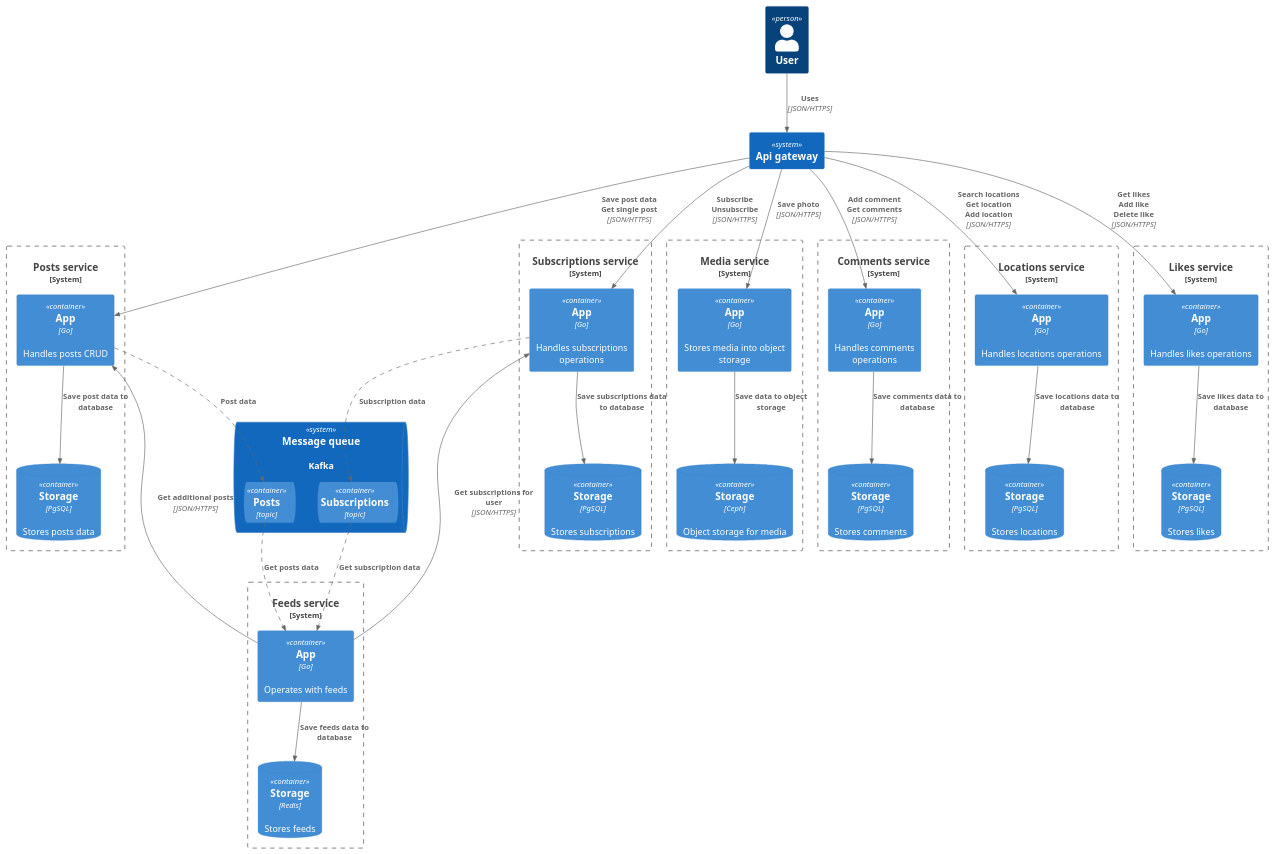
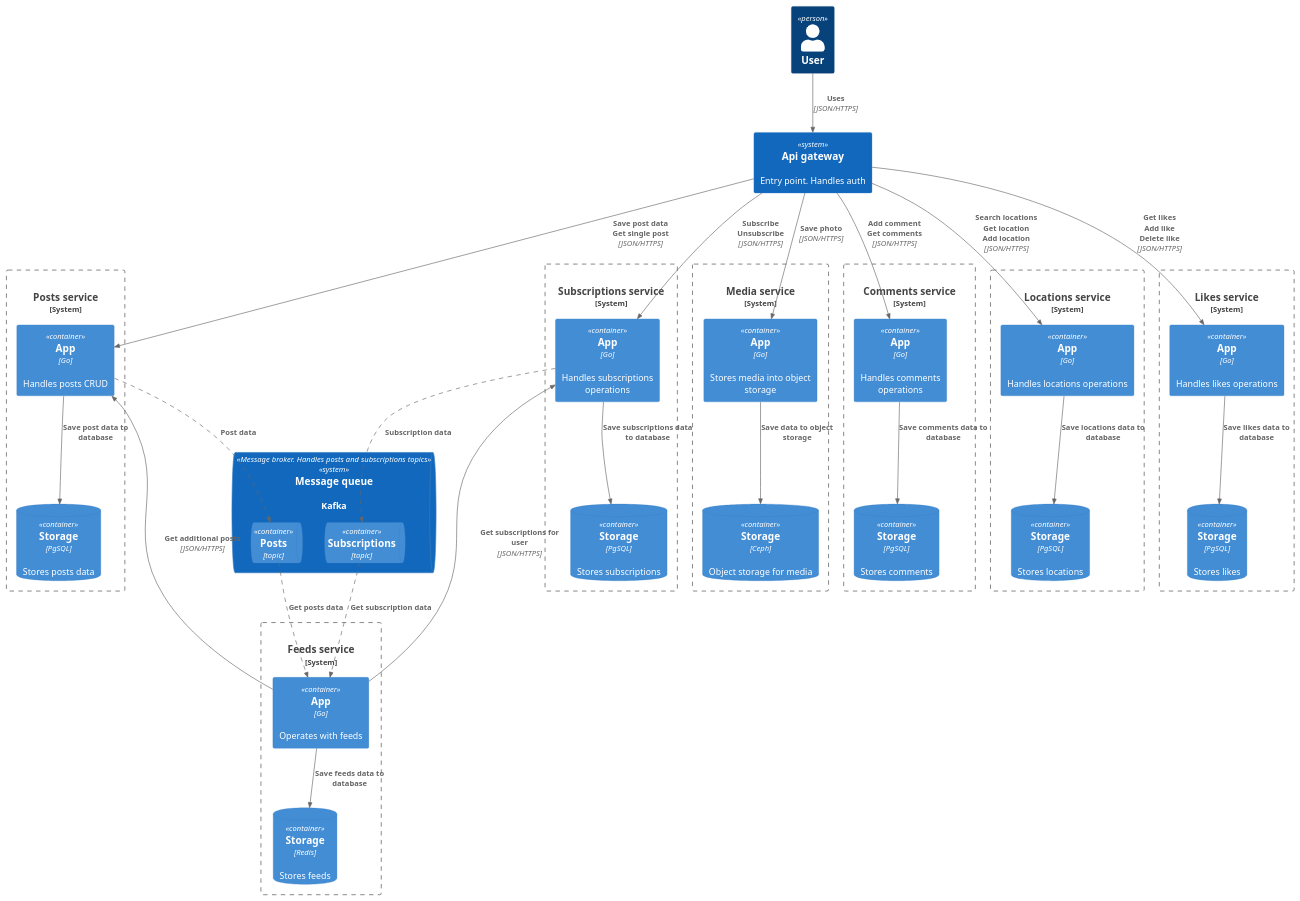
Before and after one commit to a-shlenchak/social_network_system_design: the diagram in system.puml, drawn with PlantUML.

Commit message:
Добавлена схема системы

```diff
--- a/system.puml
+++ b/system.puml
@@ -1,79 +1,79 @@
 @startuml
 !include https://raw.githubusercontent.com/plantuml-stdlib/C4-PlantUML/master/C4_Container.puml
 
 AddRelTag("async", $lineStyle=DashedLine())
 
 Person(user, "User")
-System(api_gateway, "Api gateway")
+System(api_gateway, "Api gateway", "Entry point. Handles auth")
 
-SystemQueue(kafka, "Message queue", "Kafka") {
+SystemQueue(kafka, "Message queue", "Kafka", "", "Message broker. Handles posts and subscriptions topics") {
 ContainerQueue(kafka.posts, "Posts", "topic", "")
 ContainerQueue(kafka.subscriptions, "Subscriptions", "topic", "")
 }
 
-System_Boundary(service.posts, "Posts service") {
+System_Boundary(service.posts, "Posts service", "Handles posts CRUD and stores posts data") {
 Container(posts.app, "App", "Go", "Handles posts CRUD")
 ContainerDb(posts.db, "Storage", "PgSQL", "Stores posts data")
 
 Rel(posts.app, posts.db, "Save post data to database", "")
 }
 
-System_Boundary(service.media, "Media service") {
+System_Boundary(service.media, "Media service", "Handles uploadable static files") {
 Container(media.app, "App", "Go", "Stores media into object storage")
 ContainerDb(media.db, "Storage", "Ceph", "Object storage for media")
 
 Rel(media.app, media.db, "Save data to object storage", "")
 }
 
-System_Boundary(service.subscriptions, "Subscriptions service") {
+System_Boundary(service.subscriptions, "Subscriptions service", "Handles subscriptions and stores subscriptions data") {
 Container(subscriptions.app, "App", "Go", "Handles subscriptions operations")
 ContainerDb(subscriptions.db, "Storage", "PgSQL", "Stores subscriptions")
 
 Rel(subscriptions.app, subscriptions.db, "Save subscriptions data to database", "")
 }
 
-System_Boundary(service.comments, "Comments service") {
+System_Boundary(service.comments, "Comments service", "Handles comments and stores comments data") {
 Container(comments.app, "App", "Go", "Handles comments operations")
 ContainerDb(comments.db, "Storage", "PgSQL", "Stores comments")
 
 Rel(comments.app, comments.db, "Save comments data to database", "")
 }
 
-System_Boundary(service.locations, "Locations service") {
+System_Boundary(service.locations, "Locations service", "Handles locations and stores locations data") {
 Container(locations.app, "App", "Go", "Handles locations operations")
 ContainerDb(locations.db, "Storage", "PgSQL", "Stores locations")
 
 Rel(locations.app, locations.db, "Save locations data to database", "")
 }
 
-System_Boundary(service.likes, "Likes service") {
+System_Boundary(service.likes, "Likes service", "Handles likes and stores likes data") {
 Container(likes.app, "App", "Go", "Handles likes operations")
 ContainerDb(likes.db, "Storage", "PgSQL", "Stores likes")
 
 Rel(likes.app, likes.db, "Save likes data to database", "")
 }
 
-System_Boundary(service.feeds, "Feeds service") {
+System_Boundary(service.feeds, "Feeds service", "Handles user's and home feeds and stores feeds data") {
 Container(feeds.app, "App", "Go", "Operates with feeds")
 ContainerDb(feeds.db, "Storage", "Redis", "Stores feeds")
 
 Rel(feeds.app, feeds.db, "Save feeds data to database", "")
 }
 
 Rel(user, api_gateway, "Uses", "JSON/HTTPS")
 Rel(api_gateway, media.app, "Save photo", "JSON/HTTPS")
 Rel(api_gateway, posts.app, "Save post data\nGet single post", "JSON/HTTPS")
 Rel(api_gateway, subscriptions.app, "Subscribe\nUnsubscribe", "JSON/HTTPS")
 Rel(api_gateway, comments.app, "Add comment\nGet comments", "JSON/HTTPS")
 Rel(api_gateway, locations.app, "Search locations\nGet location\nAdd location", "JSON/HTTPS")
 Rel(api_gateway, likes.app, "Get likes\nAdd like\nDelete like", "JSON/HTTPS")
 
 Rel(posts.app, kafka.posts, "Post data", "", $tags="async")
 Rel(subscriptions.app, kafka.subscriptions, "Subscription data", "", $tags="async")
 Rel(kafka.subscriptions, feeds.app, "Get subscription data", "", $tags="async")
 Rel(kafka.posts, feeds.app, "Get posts data", "", $tags="async")
 
 Rel(feeds.app, posts.app, "Get additional posts", "JSON/HTTPS")
 Rel(feeds.app, subscriptions.app, "Get subscriptions for user", "JSON/HTTPS")
 
 @enduml
```
